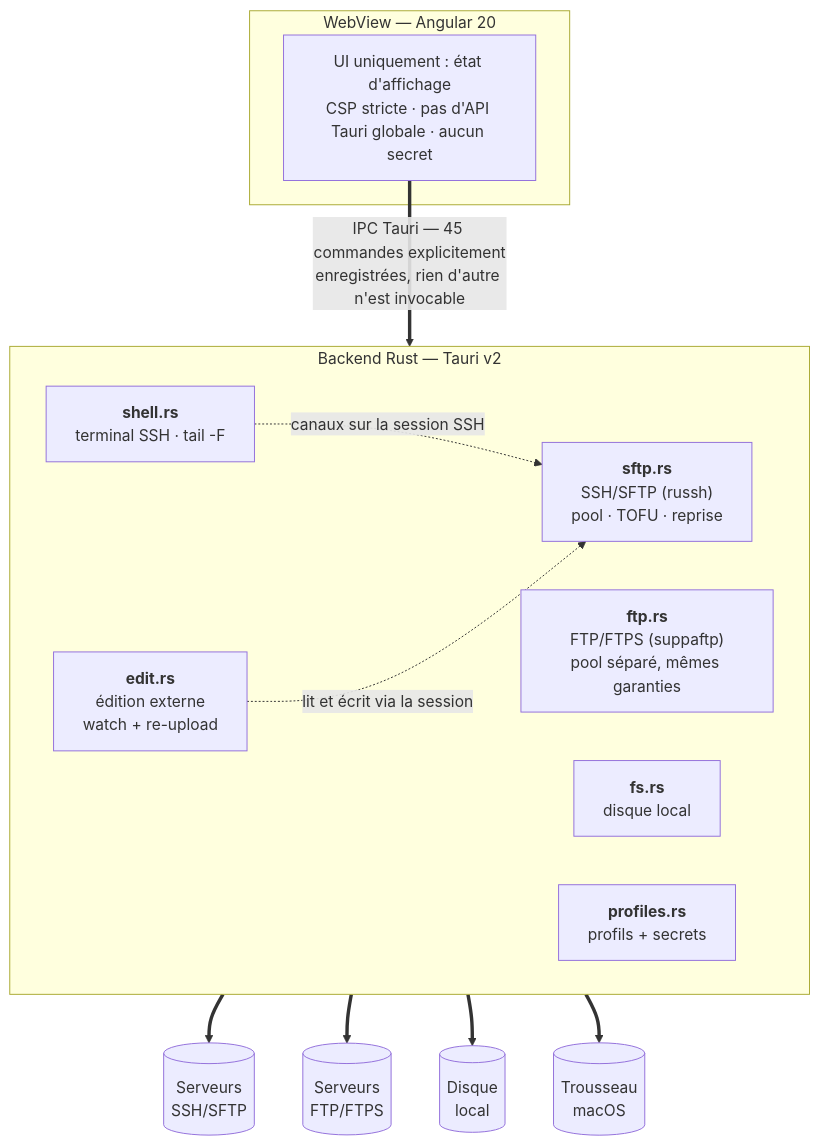
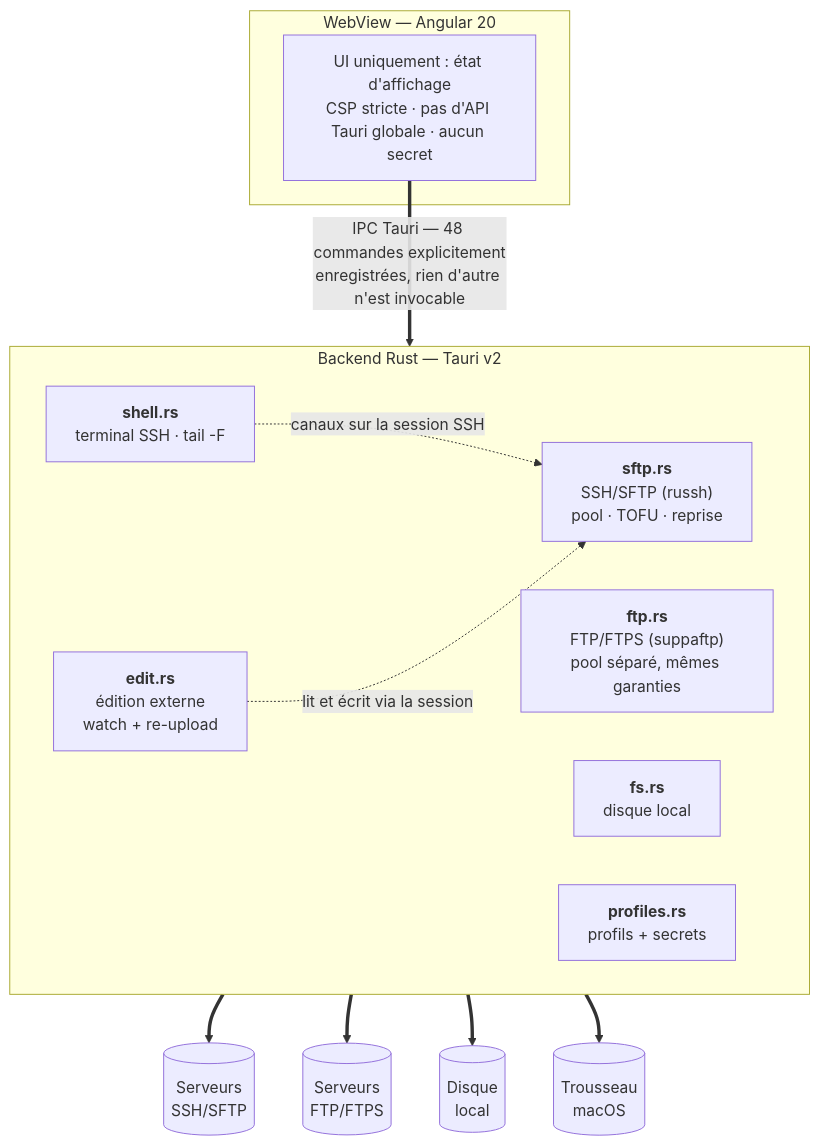
One commit to LucasRaffalli/charon changed the diagram in README.md. Above: the diagram before and after it, drawn with Mermaid. The commit also changed other lines of this file and 13 other files, not shown here.

````diff
--- a/README.md
+++ b/README.md
@@ -100,26 +100,26 @@
 ```mermaid
 flowchart TB
     subgraph webview["WebView — Angular 20"]
         ui["UI uniquement : état d'affichage<br/>CSP stricte · pas d'API Tauri globale · aucun secret"]
     end
 
-    ui =="IPC Tauri — 45 commandes explicitement<br/>enregistrées, rien d'autre n'est invocable"==> backend
+    ui =="IPC Tauri — 48 commandes explicitement<br/>enregistrées, rien d'autre n'est invocable"==> backend
 
     subgraph backend["Backend Rust — Tauri v2"]
         direction LR
         sftp["<b>sftp.rs</b><br/>SSH/SFTP (russh)<br/>pool · TOFU · reprise"]
         ftp["<b>ftp.rs</b><br/>FTP/FTPS (suppaftp)<br/>pool séparé, mêmes garanties"]
         shell["<b>shell.rs</b><br/>terminal SSH · tail -F"]
         edit["<b>edit.rs</b><br/>édition externe<br/>watch + re-upload"]
         fs["<b>fs.rs</b><br/>disque local"]
         profiles["<b>profiles.rs</b><br/>profils + secrets"]
     end
 
     shell -."canaux sur la session SSH".-> sftp
     edit -."lit et écrit via la session".-> sftp
 
     sftp ==> ssh[("Serveurs<br/>SSH/SFTP")]
     ftp ==> ftps[("Serveurs<br/>FTP/FTPS")]
     fs ==> disk[("Disque<br/>local")]
     profiles ==> keychain[("Trousseau<br/>macOS")]
 ```
````
